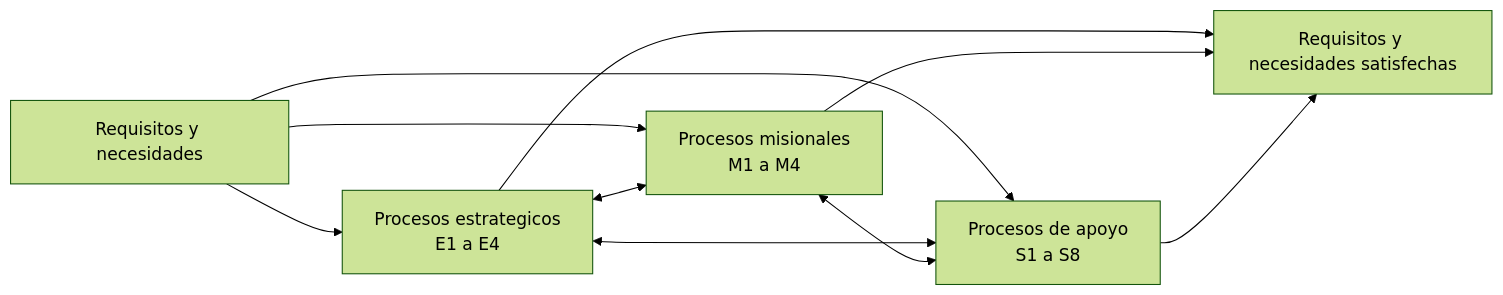
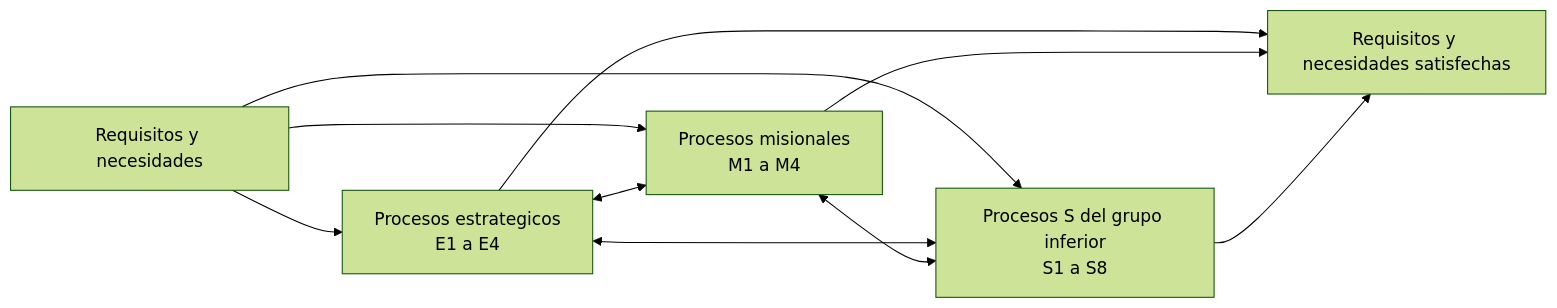
The diagram in 02-arquitectura-procesos/mapa-procesos-nivel-0.md (benjy2976/modelado-procesos), drawn with Mermaid (forest theme) before and after one commit. The commit also changed other lines of this file and 31 other files, not shown here.

First line of the commit message:
docs: incorpora modelamiento hibrido, vista PlantUML de S4 y propuesta de estructura

````diff
--- a/02-arquitectura-procesos/mapa-procesos-nivel-0.md
+++ b/02-arquitectura-procesos/mapa-procesos-nivel-0.md
@@ -78,12 +82,12 @@
 ```mermaid
 flowchart LR
     IN["Requisitos y necesidades"] --> E["Procesos estrategicos\nE1 a E4"]
     IN --> M["Procesos misionales\nM1 a M4"]
-    IN --> S["Procesos de apoyo\nS1 a S8"]
+    IN --> S["Procesos S del grupo inferior\nS1 a S8"]
     E <--> M
     E <--> S
     M <--> S
     E --> OUT["Requisitos y necesidades satisfechas"]
     M --> OUT
     S --> OUT
 ```
````
